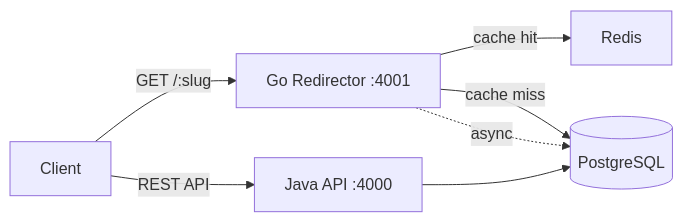
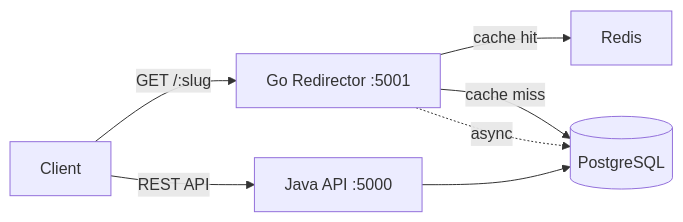
Before and after one commit to uallace-macedo/url-shortner: the diagram in README.md, drawn with Mermaid. The commit also changed other lines of this file and 2 other files, not shown here.

````diff
--- a/README.md
+++ b/README.md
@@ -13,10 +20,10 @@
 ```mermaid
 graph LR
-    Client -->|GET /:slug| Go[Go Redirector :4001]
+    Client -->|GET /:slug| Go[Go Redirector :5001]
     Go -->|cache hit| Redis
     Go -->|cache miss| PG[(PostgreSQL)]
     Go -.->|async| PG
 
-    Client -->|REST API| Java[Java API :4000]
+    Client -->|REST API| Java[Java API :5000]
     Java --> PG
 ```
````
